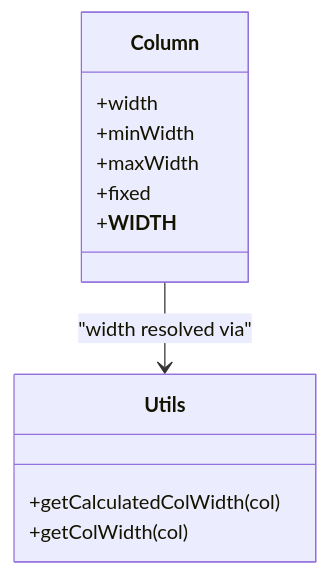
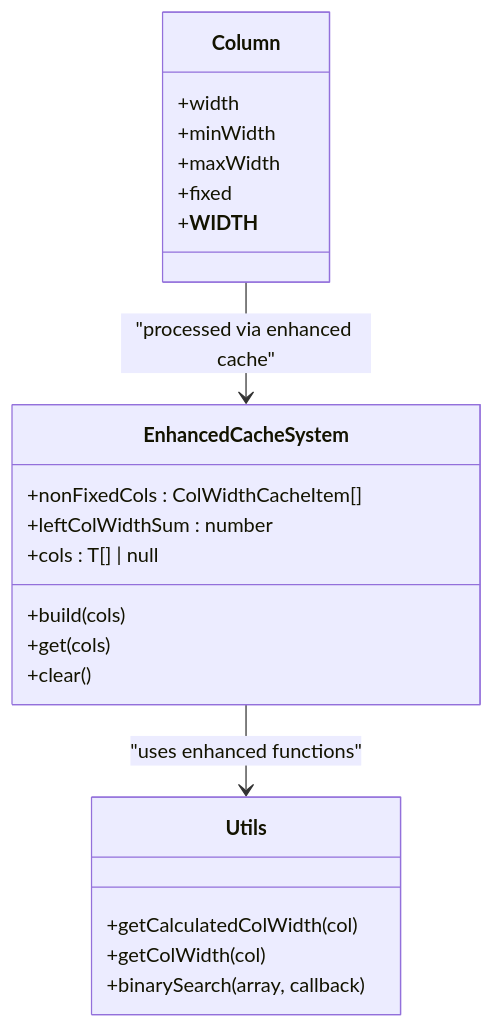
Before and after one commit to ja-plus/stk-table-vue: the ninth of 12 diagrams in .qoder/repowiki/en/content/Advanced Features/Virtual Scrolling/Horizontal Virtual Scrolling.md, drawn with Mermaid. The commit also changed other lines of this file and 7 other files, not shown here.

````diff
--- a/.qoder/repowiki/en/content/Advanced Features/Virtual Scrolling/Horizontal Virtual Scrolling.md
+++ b/.qoder/repowiki/en/content/Advanced Features/Virtual Scrolling/Horizontal Virtual Scrolling.md
@@ -190,15 +336,25 @@
 ```mermaid
 classDiagram
 class Column {
 +width
 +minWidth
 +maxWidth
 +fixed
 +__WIDTH__
 }
+class EnhancedCacheSystem {
++nonFixedCols : ColWidthCacheItem[]
++leftColWidthSum : number
++cols : T[] | null
++build(cols)
++get(cols)
++clear()
+}
 class Utils {
 +getCalculatedColWidth(col)
 +getColWidth(col)
++binarySearch(array, callback)
 }
-Column --> Utils : "width resolved via"
+Column --> EnhancedCacheSystem : "processed via enhanced cache"
+EnhancedCacheSystem --> Utils : "uses enhanced functions"
 ```
````
